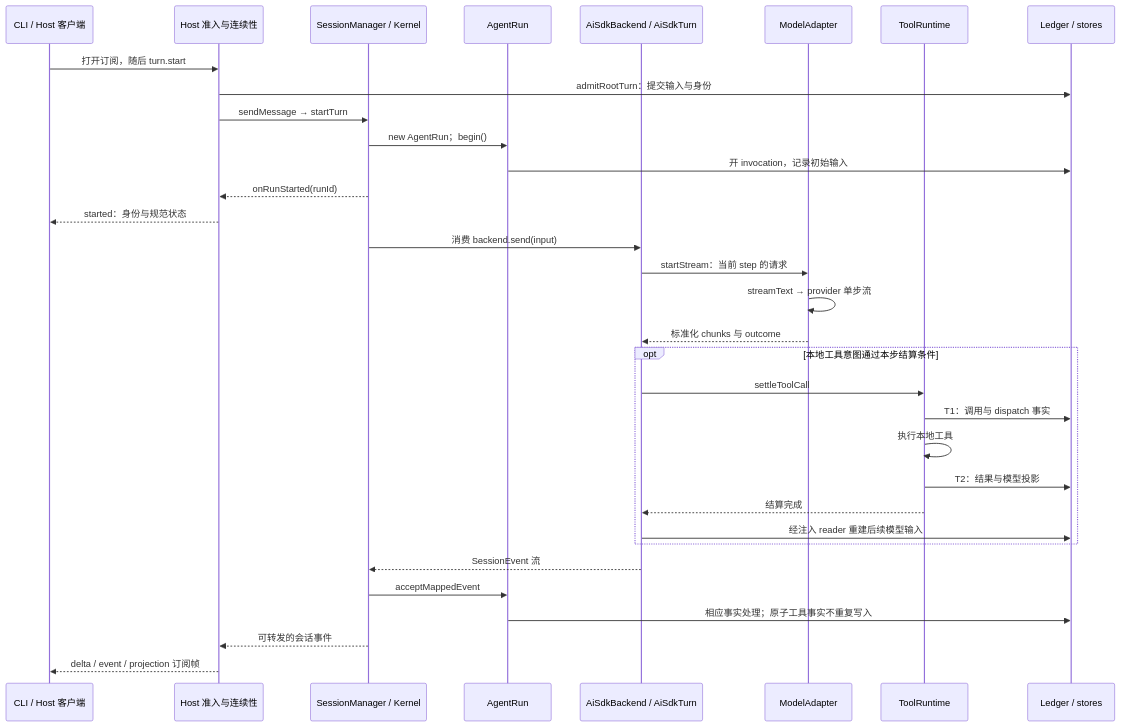
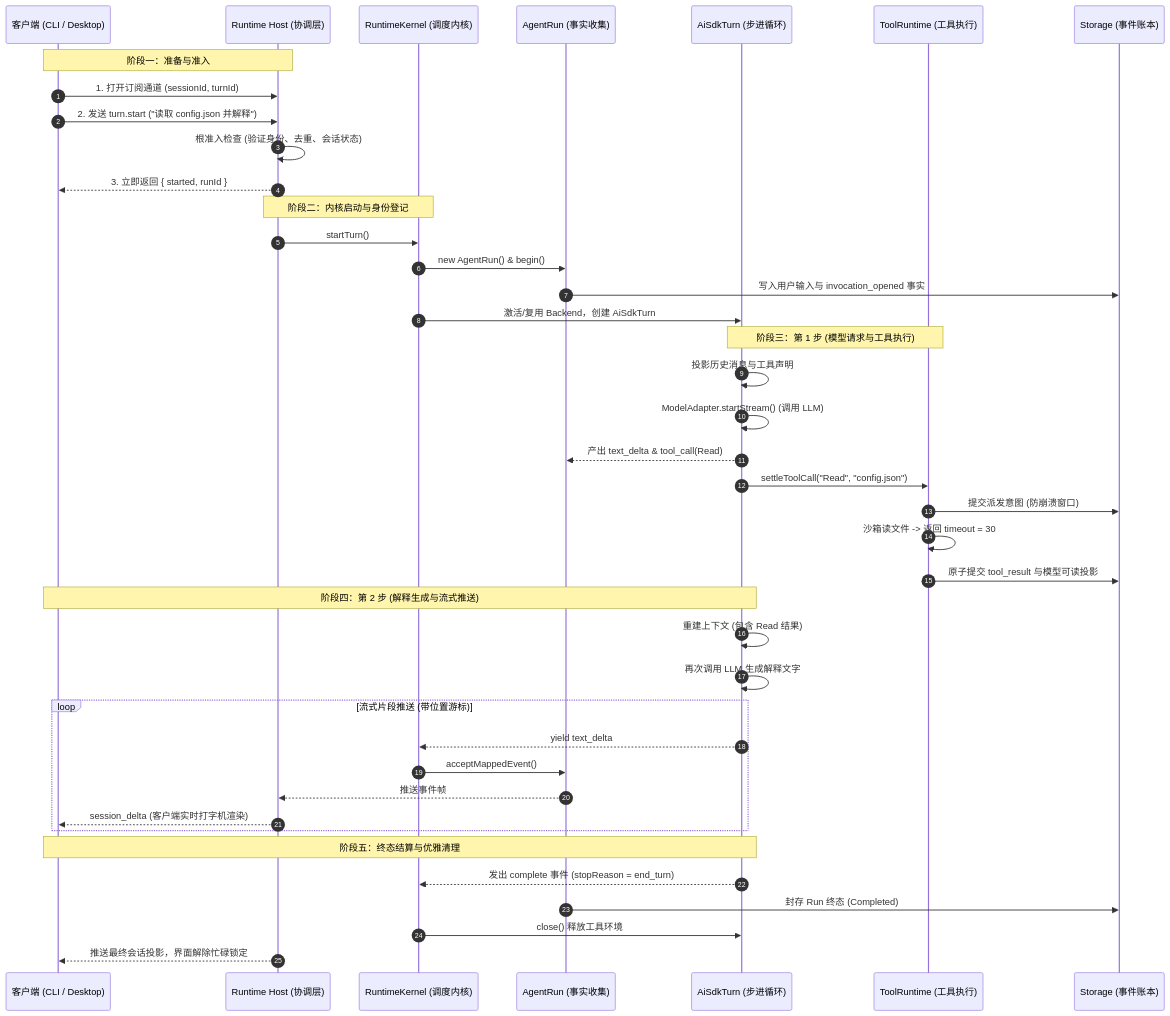
The diagram in maka-agent-infra/01-runtime/request-to-response.md (suger-m/agent-infrastructure-docs), drawn with Mermaid before and after one commit. The commit also changed other lines of this file and 26 other files, not shown here.

````diff
--- a/maka-agent-infra/01-runtime/request-to-response.md
+++ b/maka-agent-infra/01-runtime/request-to-response.md
@@ -104,35 +28,48 @@
 ```mermaid
 sequenceDiagram
-    participant C as CLI / Host 客户端
-    participant H as Host 准入与连续性
-    participant K as SessionManager / Kernel
-    participant R as AgentRun
-    participant T as AiSdkBackend / AiSdkTurn
-    participant M as ModelAdapter
-    participant X as ToolRuntime
-    participant L as Ledger / stores
-    C->>H: 打开订阅，随后 turn.start
-    H->>L: admitRootTurn：提交输入与身份
-    H->>K: sendMessage → startTurn
-    K->>R: new AgentRun；begin()
-    R->>L: 开 invocation，记录初始输入
-    K-->>H: onRunStarted(runId)
-    H-->>C: started：身份与规范状态
-    K->>T: 消费 backend.send(input)
-    T->>M: startStream：当前 step 的请求
-    M->>M: streamText → provider 单步流
-    M-->>T: 标准化 chunks 与 outcome
-    opt 本地工具意图通过本步结算条件
-        T->>X: settleToolCall
-        X->>L: T1：调用与 dispatch 事实
-        X->>X: 执行本地工具
-        X->>L: T2：结果与模型投影
-        X-->>T: 结算完成
-        T->>L: 经注入 reader 重建后续模型输入
+    autonumber
+    participant Client as 客户端 (CLI / Desktop)
+    participant Host as Runtime Host (协调层)
+    participant Kernel as RuntimeKernel (调度内核)
+    participant Run as AgentRun (事实收集)
+    participant Turn as AiSdkTurn (步进循环)
+    participant Tools as ToolRuntime (工具执行)
+    participant Store as Storage (事件账本)
+
+    Note over Client,Host: 阶段一：准备与准入
+    Client->>Host: 1. 打开订阅通道 (sessionId, turnId)
+    Client->>Host: 2. 发送 turn.start ("读取 config.json 并解释")
+    Host->>Host: 根准入检查 (验证身份、去重、会话状态)
+    Host-->>Client: 3. 立即返回 { started, runId }
+
+    Note over Host,Kernel: 阶段二：内核启动与身份登记
+    Host->>Kernel: startTurn()
+    Kernel->>Run: new AgentRun() & begin()
+    Run->>Store: 写入用户输入与 invocation_opened 事实
+    Kernel->>Turn: 激活/复用 Backend，创建 AiSdkTurn
+
+    Note over Turn,Tools: 阶段三：第 1 步 (模型请求与工具执行)
+    Turn->>Turn: 投影历史消息与工具声明
+    Turn->>Turn: ModelAdapter.startStream() (调用 LLM)
+    Turn-->>Run: 产出 text_delta & tool_call(Read)
+    Turn->>Tools: settleToolCall("Read", "config.json")
+    Tools->>Store: 提交派发意图 (防崩溃窗口)
+    Tools->>Tools: 沙箱读文件 -> 返回 timeout = 30
+    Tools->>Store: 原子提交 tool_result 与模型可读投影
+
+    Note over Turn,Client: 阶段四：第 2 步 (解释生成与流式推送)
+    Turn->>Turn: 重建上下文 (包含 Read 结果)
+    Turn->>Turn: 再次调用 LLM 生成解释文字
+    loop 流式片段推送 (带位置游标)
+        Turn-->>Kernel: yield text_delta
+        Kernel->>Run: acceptMappedEvent()
+        Run-->>Host: 推送事件帧
+        Host-->>Client: session_delta (客户端实时打字机渲染)
     end
-    T-->>K: SessionEvent 流
-    K->>R: acceptMappedEvent
-    R->>L: 相应事实处理；原子工具事实不重复写入
-    K-->>H: 可转发的会话事件
-    H-->>C: delta / event / projection 订阅帧
+
+    Note over Turn,Client: 阶段五：终态结算与优雅清理
+    Turn-->>Kernel: 发出 complete 事件 (stopReason = end_turn)
+    Run->>Store: 封存 Run 终态 (Completed)
+    Kernel->>Turn: close() 释放工具环境
+    Host-->>Client: 推送最终会话投影，界面解除忙碌锁定
 ```
````
